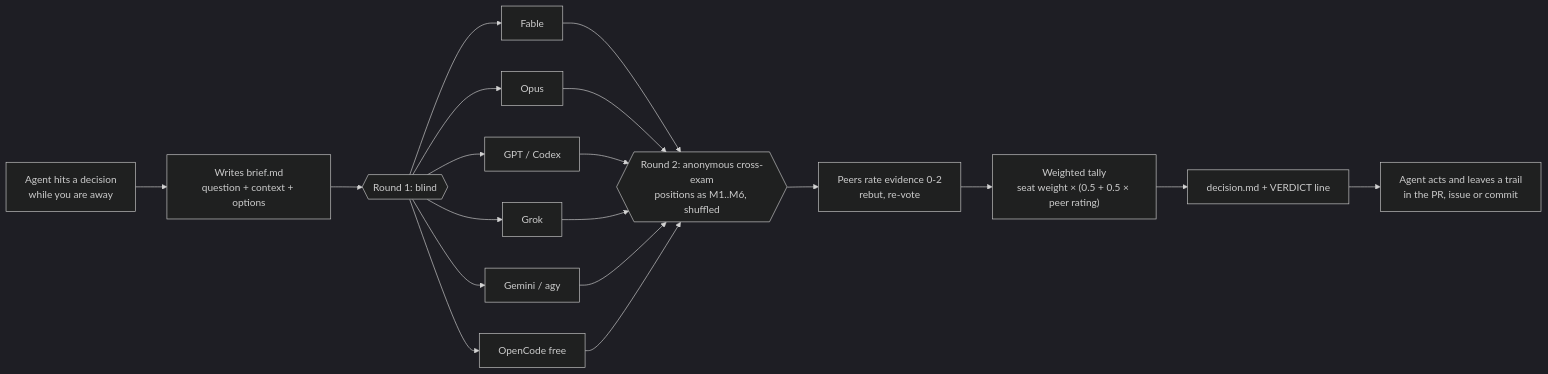
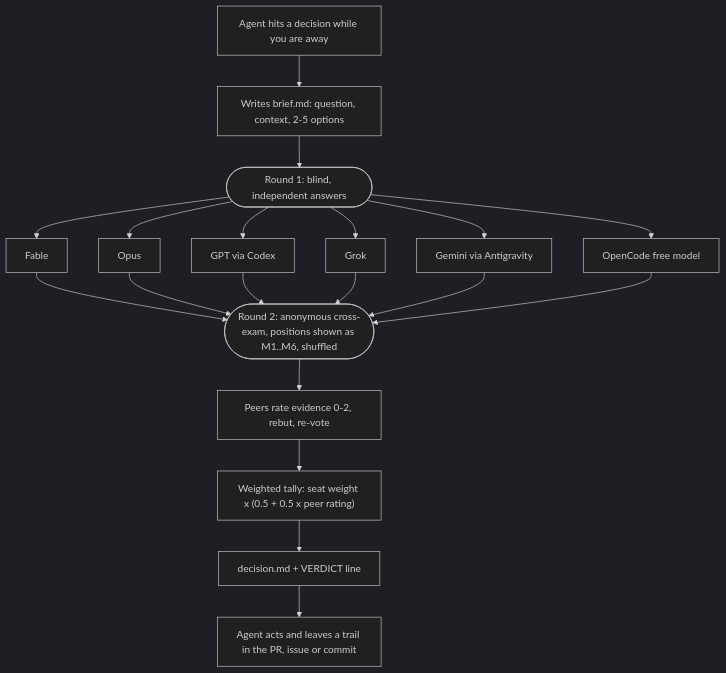
The diagram in README.md (dinhkarate/llm-roundtable), drawn with Mermaid (dark theme) before and after one commit.

Commit message:
README: fix mermaid diagram rendering on GitHub

````diff
--- a/README.md
+++ b/README.md
@@ -108,11 +108,11 @@
 ```mermaid
-flowchart LR
-    A[Agent hits a decision<br/>while you are away] --> B[Writes brief.md<br/>question + context + options]
-    B --> C{{Round 1: blind}}
-    C --> F1[Fable] & F2[Opus] & F3[GPT / Codex] & F4[Grok] & F5[Gemini / agy] & F6[OpenCode free]
-    F1 & F2 & F3 & F4 & F5 & F6 --> D{{Round 2: anonymous cross-exam<br/>positions as M1..M6, shuffled}}
-    D --> E[Peers rate evidence 0-2<br/>rebut, re-vote]
-    E --> G["Weighted tally<br/>seat weight × (0.5 + 0.5 × peer rating)"]
-    G --> H[decision.md + VERDICT line]
-    H --> I[Agent acts and leaves a trail<br/>in the PR, issue or commit]
+flowchart TD
+    A["Agent hits a decision while you are away"] --> B["Writes brief.md: question, context, 2-5 options"]
+    B --> R1(["Round 1: blind, independent answers"])
+    R1 --> S1["Fable"] & S2["Opus"] & S3["GPT via Codex"] & S4["Grok"] & S5["Gemini via Antigravity"] & S6["OpenCode free model"]
+    S1 & S2 & S3 & S4 & S5 & S6 --> R2(["Round 2: anonymous cross-exam, positions shown as M1..M6, shuffled"])
+    R2 --> E["Peers rate evidence 0-2, rebut, re-vote"]
+    E --> G["Weighted tally: seat weight x (0.5 + 0.5 x peer rating)"]
+    G --> H["decision.md + VERDICT line"]
+    H --> I["Agent acts and leaves a trail in the PR, issue or commit"]
 ```
````
